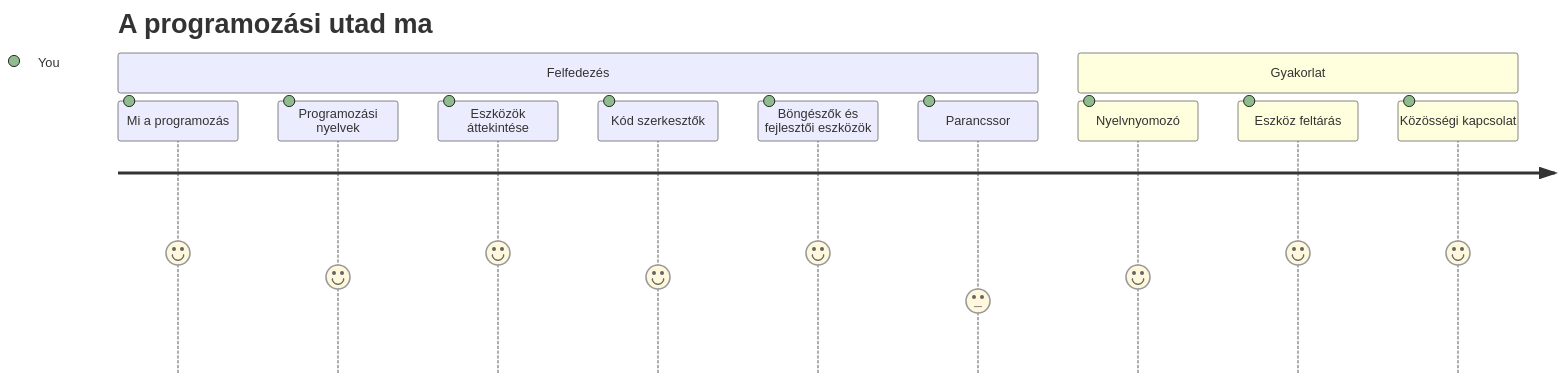
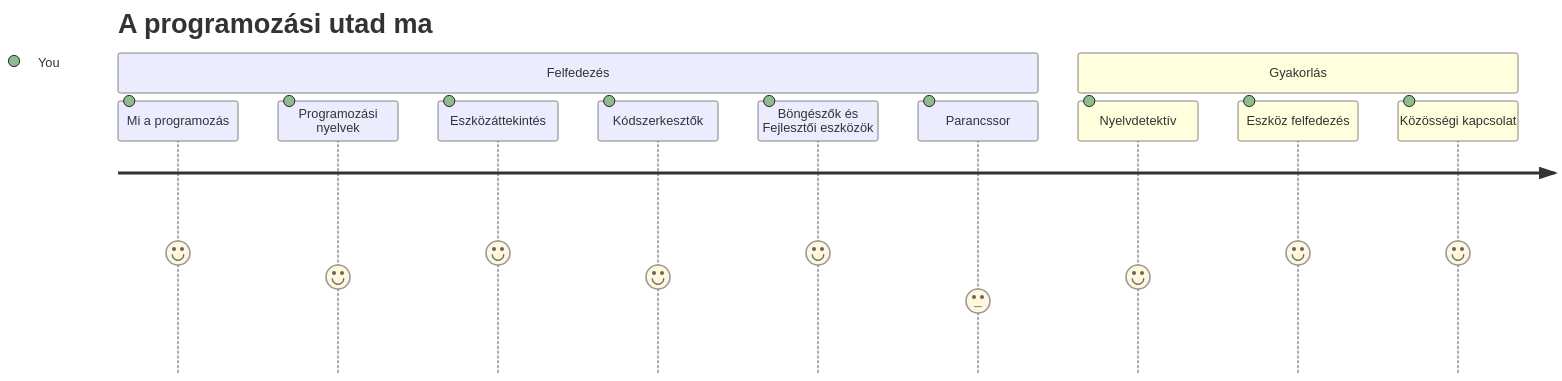
One commit to microsoft/Web-Dev-For-Beginners changed the first of 7 diagrams in translations/hu/1-getting-started-lessons/1-intro-to-programming-languages/README.md. Above: the diagram before and after it, drawn with Mermaid. The commit also changed other lines of this file and 8 other files, not shown here.

````diff
--- a/translations/hu/1-getting-started-lessons/1-intro-to-programming-languages/README.md
+++ b/translations/hu/1-getting-started-lessons/1-intro-to-programming-languages/README.md
@@ -14,16 +14,16 @@
 ```mermaid
 journey
     title A programozási utad ma
     section Felfedezés
       Mi a programozás: 5: You
       Programozási nyelvek: 4: You
-      Eszközök áttekintése: 5: You
+      Eszközáttekintés: 5: You
     section Felfedezés
-      Kód szerkesztők: 4: You
-      Böngészők és fejlesztői eszközök: 5: You
+      Kódszerkesztők: 4: You
+      Böngészők és Fejlesztői eszközök: 5: You
       Parancssor: 3: You
-    section Gyakorlat
-      Nyelvnyomozó: 4: You
-      Eszköz feltárás: 5: You
+    section Gyakorlás
+      Nyelvdetektív: 4: You
+      Eszköz felfedezés: 5: You
       Közösségi kapcsolat: 5: You
 ```
````
